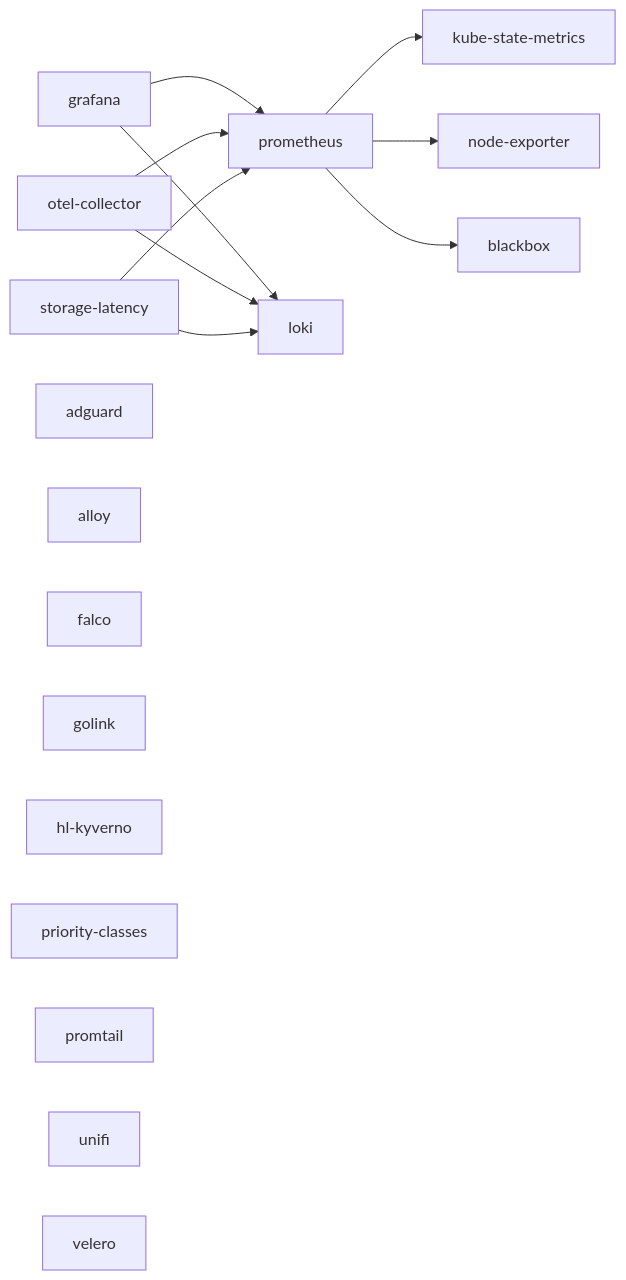
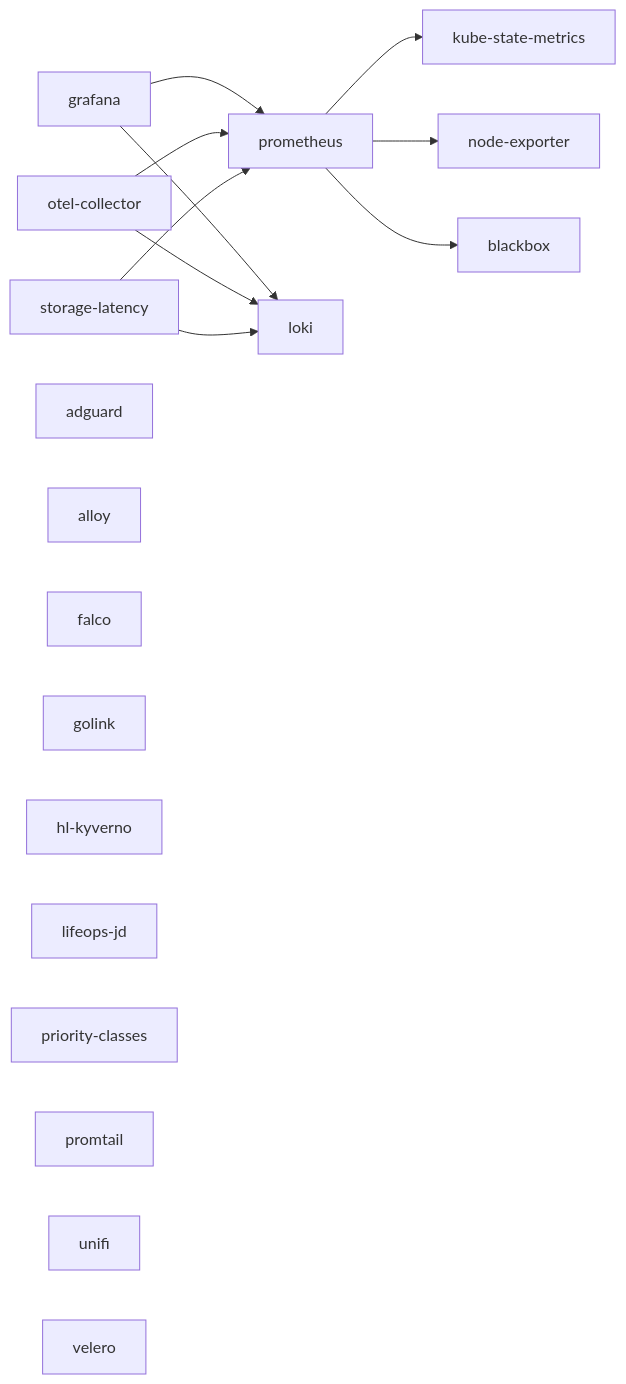
One commit to ariel-extending851/homelab changed the diagram in docs/services/README.md. Above: the diagram before and after it, drawn with Mermaid. The commit also changed other lines of this file and 15 other files, not shown here.

````diff
--- a/docs/services/README.md
+++ b/docs/services/README.md
@@ -38,21 +39,22 @@
 ```mermaid
 graph LR
   grafana --> prometheus
   grafana --> loki
   otel-collector --> loki
   otel-collector --> prometheus
   prometheus --> kube-state-metrics
   prometheus --> node-exporter
   prometheus --> blackbox
   storage-latency --> prometheus
   storage-latency --> loki
   adguard
   alloy
   falco
   golink
   hl-kyverno
+  lifeops-jd
   priority-classes
   promtail
   unifi
   velero
 ```
````
